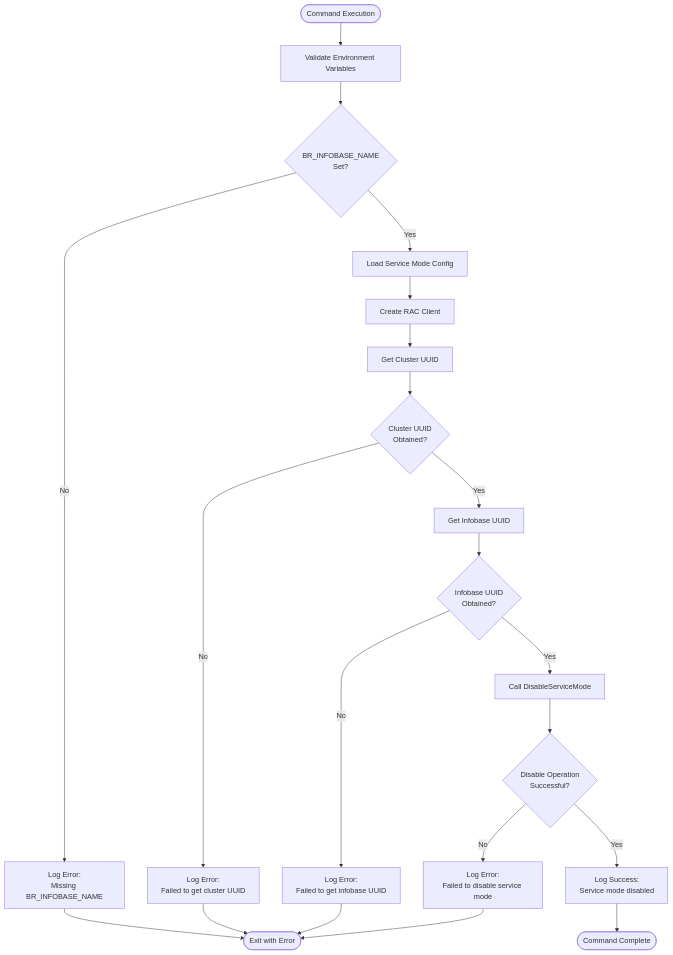
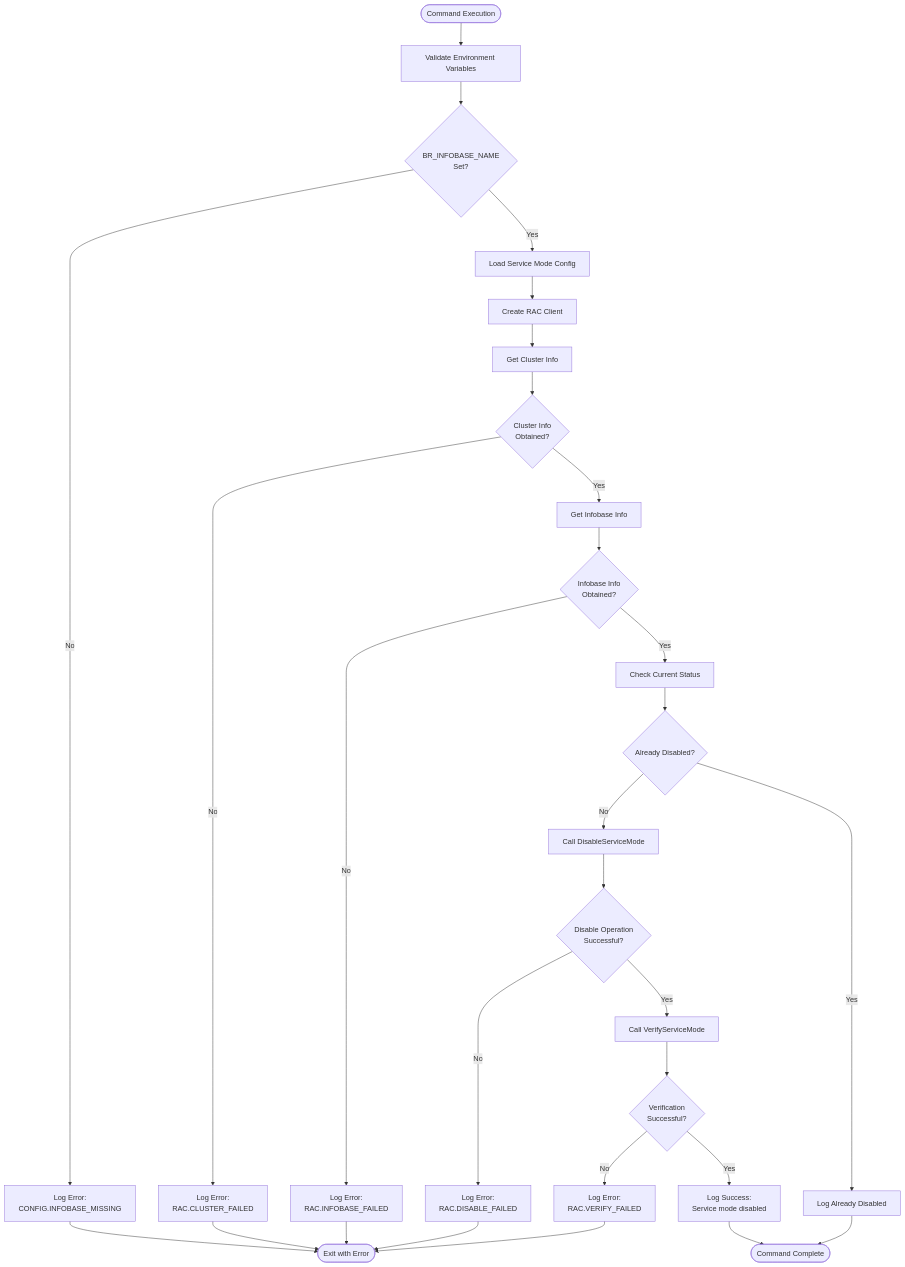
The first of 3 diagrams in .qoder/repowiki/en/content/Command Reference/Service Mode Commands/Disable Service Mode.md (Kargones/apk-ci), drawn with Mermaid before and after one commit. The commit also changed other lines of this file and 2036 other files, not shown here.

````diff
--- a/.qoder/repowiki/en/content/Command Reference/Service Mode Commands/Disable Service Mode.md
+++ b/.qoder/repowiki/en/content/Command Reference/Service Mode Commands/Disable Service Mode.md
@@ -54,23 +70,31 @@
 ```mermaid
 flowchart TD
 Start([Command Execution]) --> ValidateEnv["Validate Environment Variables"]
 ValidateEnv --> EnvValid{"BR_INFOBASE_NAME<br/>Set?"}
-EnvValid --> |No| EnvError["Log Error:<br/>Missing BR_INFOBASE_NAME"]
+EnvValid --> |No| EnvError["Log Error:<br/>CONFIG.INFOBASE_MISSING"]
 EnvValid --> |Yes| LoadConfig["Load Service Mode Config"]
 LoadConfig --> CreateClient["Create RAC Client"]
-CreateClient --> GetClusterUUID["Get Cluster UUID"]
-GetClusterUUID --> ClusterSuccess{"Cluster UUID<br/>Obtained?"}
-ClusterSuccess --> |No| ClusterError["Log Error:<br/>Failed to get cluster UUID"]
-ClusterSuccess --> |Yes| GetInfobaseUUID["Get Infobase UUID"]
-GetInfobaseUUID --> InfobaseSuccess{"Infobase UUID<br/>Obtained?"}
-InfobaseSuccess --> |No| InfobaseError["Log Error:<br/>Failed to get infobase UUID"]
-InfobaseSuccess --> |Yes| CallDisable["Call DisableServiceMode"]
+CreateClient --> GetClusterInfo["Get Cluster Info"]
+GetClusterInfo --> ClusterSuccess{"Cluster Info<br/>Obtained?"}
+ClusterSuccess --> |No| ClusterError["Log Error:<br/>RAC.CLUSTER_FAILED"]
+ClusterSuccess --> |Yes| GetInfobaseInfo["Get Infobase Info"]
+GetInfobaseInfo --> InfobaseSuccess{"Infobase Info<br/>Obtained?"}
+InfobaseSuccess --> |No| InfobaseError["Log Error:<br/>RAC.INFOBASE_FAILED"]
+InfobaseSuccess --> |Yes| CheckStatus["Check Current Status"]
+CheckStatus --> AlreadyDisabled{"Already Disabled?"}
+AlreadyDisabled --> |Yes| LogAlreadyDisabled["Log Already Disabled"]
+AlreadyDisabled --> |No| CallDisable["Call DisableServiceMode"]
 CallDisable --> DisableSuccess{"Disable Operation<br/>Successful?"}
-DisableSuccess --> |No| DisableError["Log Error:<br/>Failed to disable service mode"]
-DisableSuccess --> |Yes| LogSuccess["Log Success:<br/>Service mode disabled"]
+DisableSuccess --> |No| DisableError["Log Error:<br/>RAC.DISABLE_FAILED"]
+DisableSuccess --> |Yes| VerifyStatus["Call VerifyServiceMode"]
+VerifyStatus --> VerifySuccess{"Verification<br/>Successful?"}
+VerifySuccess --> |No| VerifyError["Log Error:<br/>RAC.VERIFY_FAILED"]
+VerifySuccess --> |Yes| LogSuccess["Log Success:<br/>Service mode disabled"]
 LogSuccess --> End([Command Complete])
 EnvError --> Exit([Exit with Error])
 ClusterError --> Exit
 InfobaseError --> Exit
 DisableError --> Exit
+VerifyError --> Exit
+LogAlreadyDisabled --> End
 ```
````
